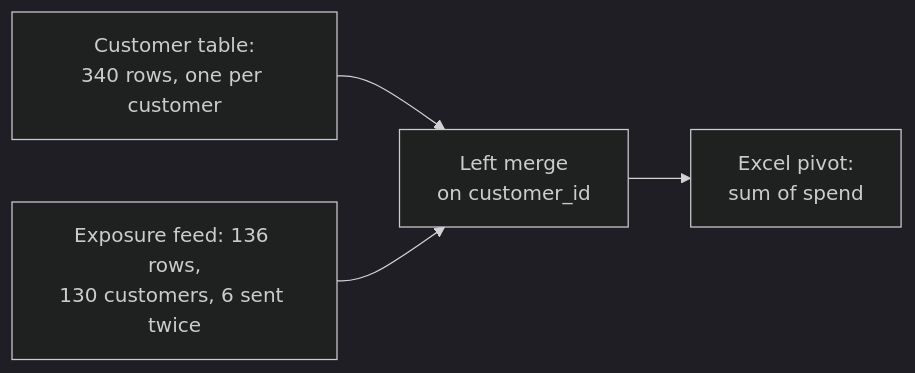
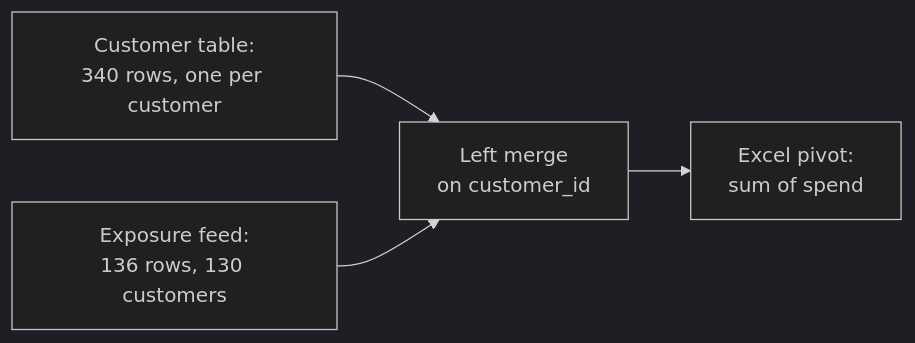
Before and after one commit to fde-academy-lab/c2-content-factory: the fourth of 5 diagrams in content/W02/SAT/paper/C2_W02_SAT_recap_paper_STUDENT.md, drawn with Mermaid (dark theme). The commit also changed other lines of this file and 8 other files, not shown here.

````diff
--- a/content/W02/SAT/paper/C2_W02_SAT_recap_paper_STUDENT.md
+++ b/content/W02/SAT/paper/C2_W02_SAT_recap_paper_STUDENT.md
@@ -356,6 +361,6 @@
 ```mermaid
 flowchart LR
   T["Customer table:<br/>340 rows, one per customer"] --> M["Left merge<br/>on customer_id"]
-  F["Exposure feed: 136 rows,<br/>130 customers, 6 sent twice"] --> M
+  F["Exposure feed:<br/>136 rows, 130 customers"] --> M
   M --> X["Excel pivot:<br/>sum of spend"]
 ```
````
